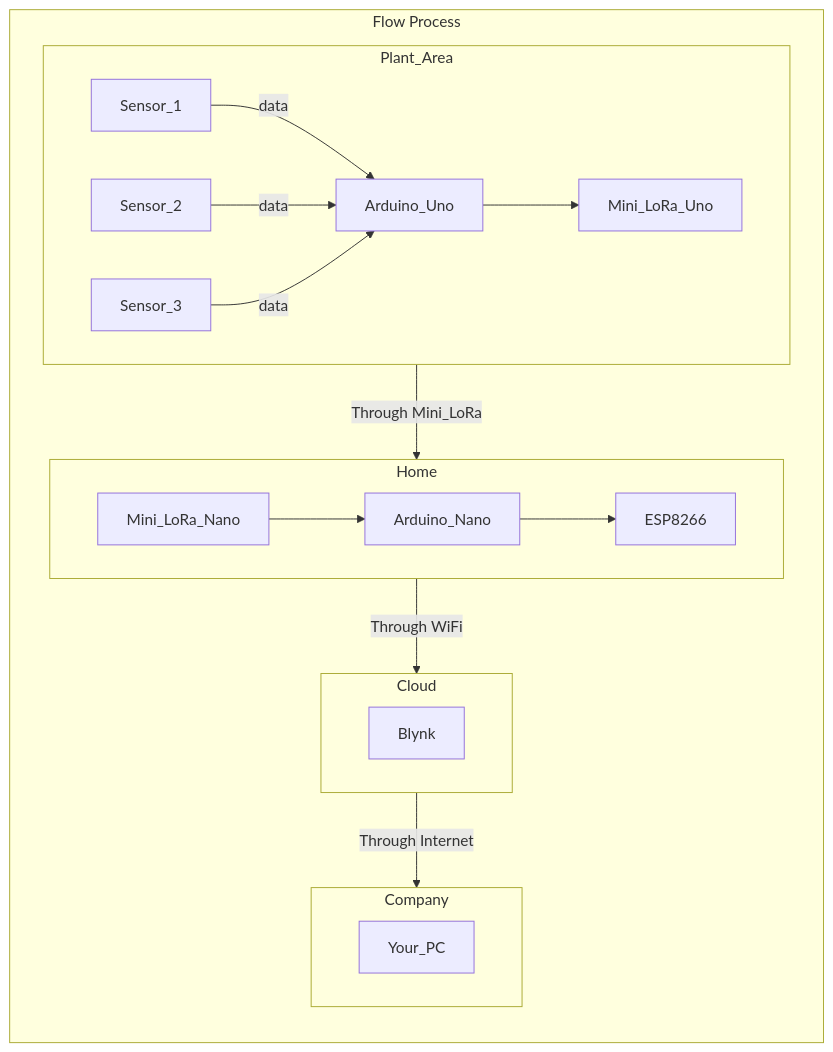
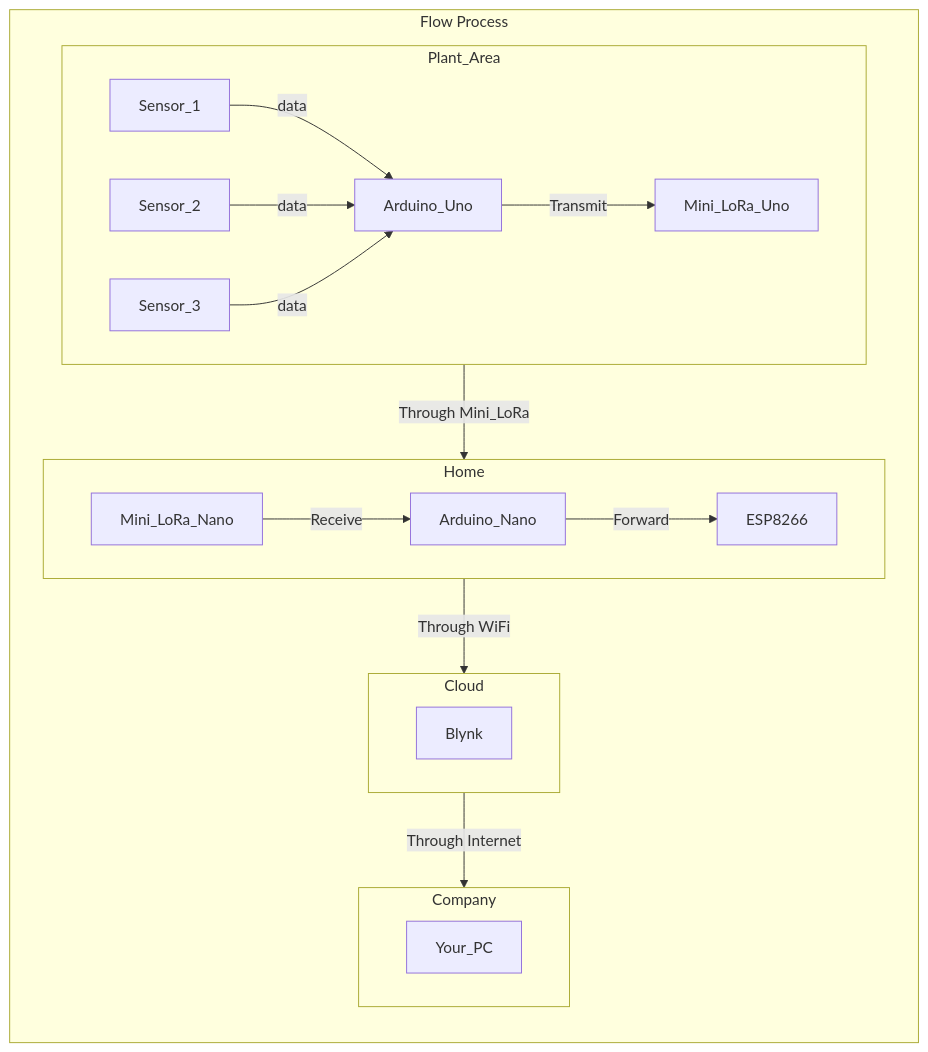
The first of 2 diagrams in README.md (william60302/IoT_Team2), drawn with Mermaid before and after one commit.

````diff
--- a/README.md
+++ b/README.md
@@ -34,28 +34,28 @@
 ```mermaid
 flowchart TB
   subgraph Flow Process
     direction TB
     subgraph Plant_Area
         direction LR
         Sensor_1 -- data --> Arduino_Uno
         Sensor_2 -- data --> Arduino_Uno
         Sensor_3 -- data --> Arduino_Uno
-        Arduino_Uno --> Mini_LoRa_Uno
+        Arduino_Uno -- Transmit --> Mini_LoRa_Uno
     end
     subgraph Home
         direction LR
-        Mini_LoRa_Nano --> Arduino_Nano --> ESP8266
+        Mini_LoRa_Nano -- Receive --> Arduino_Nano -- Forward --> ESP8266
     end
     subgraph Cloud
         direction LR
         Blynk
     end
     subgraph Company
         direction LR
         Your_PC
     end
   end
   Plant_Area -- Through Mini_LoRa --> Home
   Home -- Through WiFi --> Cloud
   Cloud -- Through Internet --> Company
 ```
````
